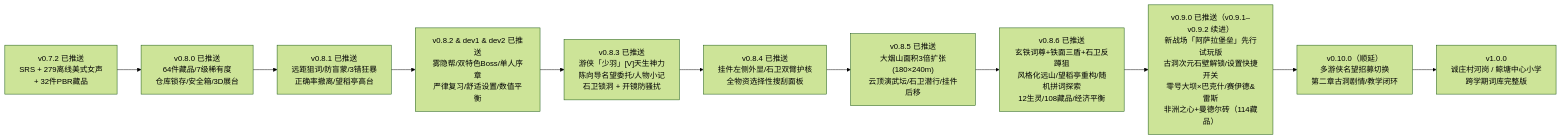
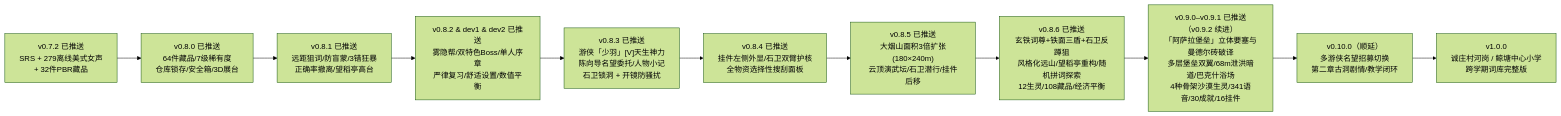
One commit to dingzhw/yanshan_force changed the diagram in docs/游戏发展路线图.md. Above: the diagram before and after it, drawn with Mermaid (forest theme). The commit also changed other lines of this file and 45 other files, not shown here.

````diff
--- a/docs/游戏发展路线图.md
+++ b/docs/游戏发展路线图.md
@@ -10,16 +10,16 @@
 ```mermaid
 flowchart LR
     V072["v0.7.2 已推送<br/>SRS + 279离线美式女声<br/>+ 32件PBR藏品"]
     V080["v0.8.0 已推送<br/>64件藏品/7级稀有度<br/>仓库锁存/安全箱/3D展台"]
     V081["v0.8.1 已推送<br/>远距狙词/防盲蒙/3错狂暴<br/>正确率撤离/望稻亭高台"]
     V082["v0.8.2 & dev1 & dev2 已推送<br/>雾隐帮/双特色Boss/单人序章<br/>严律复习/舒适设置/数值平衡"]
     V083["v0.8.3 已推送<br/>游侠「少羽」[V]天生神力<br/>陈向导名望委托/人物小记<br/>石卫锁洞 + 开镜防骚扰"]
     V084["v0.8.4 已推送<br/>挂件左侧外显/石卫双臂护核<br/>全物资选择性搜刮面板"]
     V085["v0.8.5 已推送<br/>大烟山面积3倍扩张(180×240m)<br/>云顶演武坛/石卫潜行/挂件后移"]
     V086["v0.8.6 已推送<br/>玄铁词尊+铁面三盾+石卫反蹲狙<br/>风格化远山/望稻亭重构/随机拼词探索<br/>12生灵/108藏品/经济平衡"]
-    V090["v0.9.0 已推送（v0.9.1–v0.9.2 续进）<br/>新战场「阿萨拉堡垒」先行试玩版<br/>古洞次元石壁解锁/设置快捷开关<br/>零号大坝×巴克什/赛伊德&雷斯<br/>非洲之心+曼德尔砖（114藏品）"]
+    V090["v0.9.0–v0.9.1 已推送（v0.9.2 续进）<br/>「阿萨拉堡垒」立体要塞与曼德尔砖破译<br/>多层堡垒双翼/68m泄洪暗道/巴克什浴场<br/>4种骨架沙漠生灵/341语音/30成就/16挂件"]
     V010["v0.10.0（顺延）<br/>多游侠名望招募切换<br/>第二章古洞剧情/教学闭环"]
     V100["v1.0.0<br/>诚庄村河岗 / 鲸塘中心小学<br/>跨学期词库完整版"]
 
     V072 --> V080 --> V081 --> V082 --> V083 --> V084 --> V085 --> V086 --> V090 --> V010 --> V100
 ```
````
